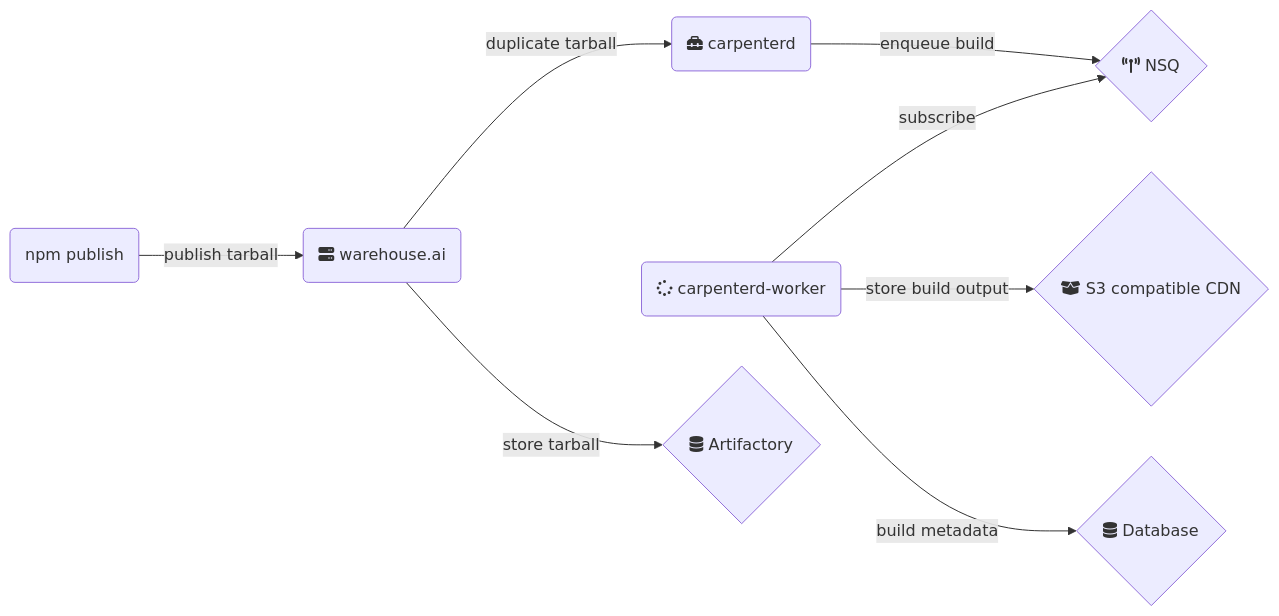
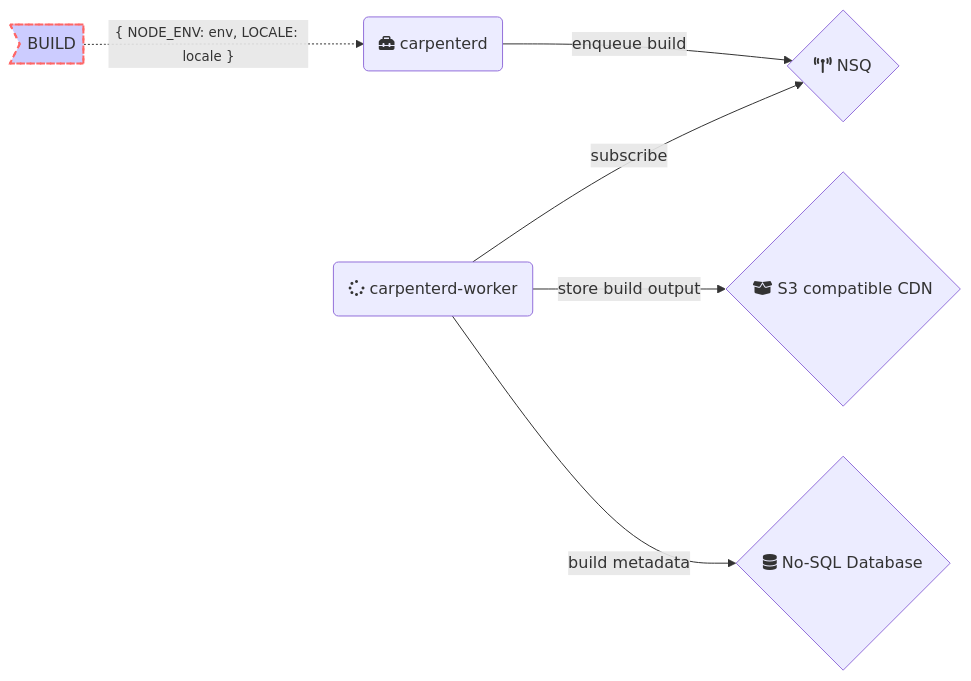
One commit to godaddy/warehouse.ai changed the diagram in assets/diagrams/build.mmd. Above: the diagram before and after it, drawn with Mermaid. The commit also changed 8 other files, not shown here.

Commit message:
[minor] use unpkg, catch errors and clean up chart syntax

```diff
--- a/assets/diagrams/build.mmd
+++ b/assets/diagrams/build.mmd
@@ -1,8 +1,15 @@
 graph LR
-C -->|enqueue build|D{fa:fa-broadcast-tower NSQ}
-E(fa:fa-spinner carpenterd-worker) --> |subscribe| D
-B --> |duplicate tarball| C(fa:fa-toolbox carpenterd)
-B --> |store tarball| G{fa:fa-database Artifactory}
-A(npm publish) -->|publish tarball| B(fa:fa-server warehouse.ai)
-E --> |store build output| F{fa:fa-box-open S3 compatible CDN}
-E --> |build metadata| H{fa:fa-database Database}
+A>BUILD]
+B(fa:fa-toolbox carpenterd)
+C{fa:fa-broadcast-tower NSQ}
+D(fa:fa-spinner carpenterd-worker)
+E{fa:fa-box-open S3 compatible CDN}
+F{fa:fa-database No-SQL Database}
+
+A -.-> |"<small>{ NODE_ENV: env, LOCALE: locale }</small>"| B
+B --> |"enqueue build"|C
+D --> |"subscribe"| C
+D --> |"store build output"| E
+D --> |"build metadata"| F
+
+style A fill:#ccf,stroke:#f66,stroke-width:2px,stroke-dasharray: 5, 5
```
